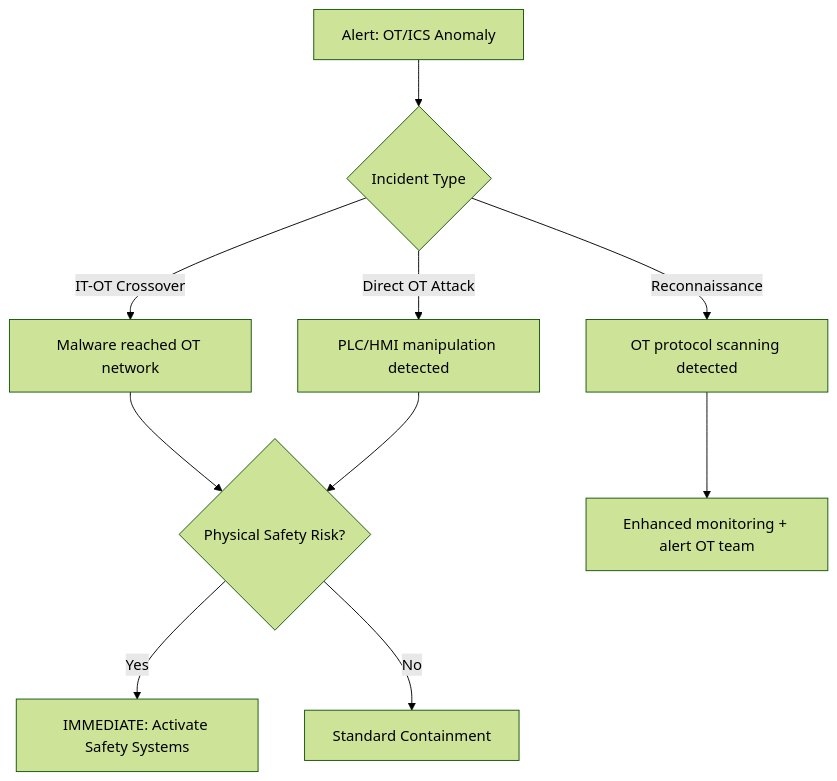
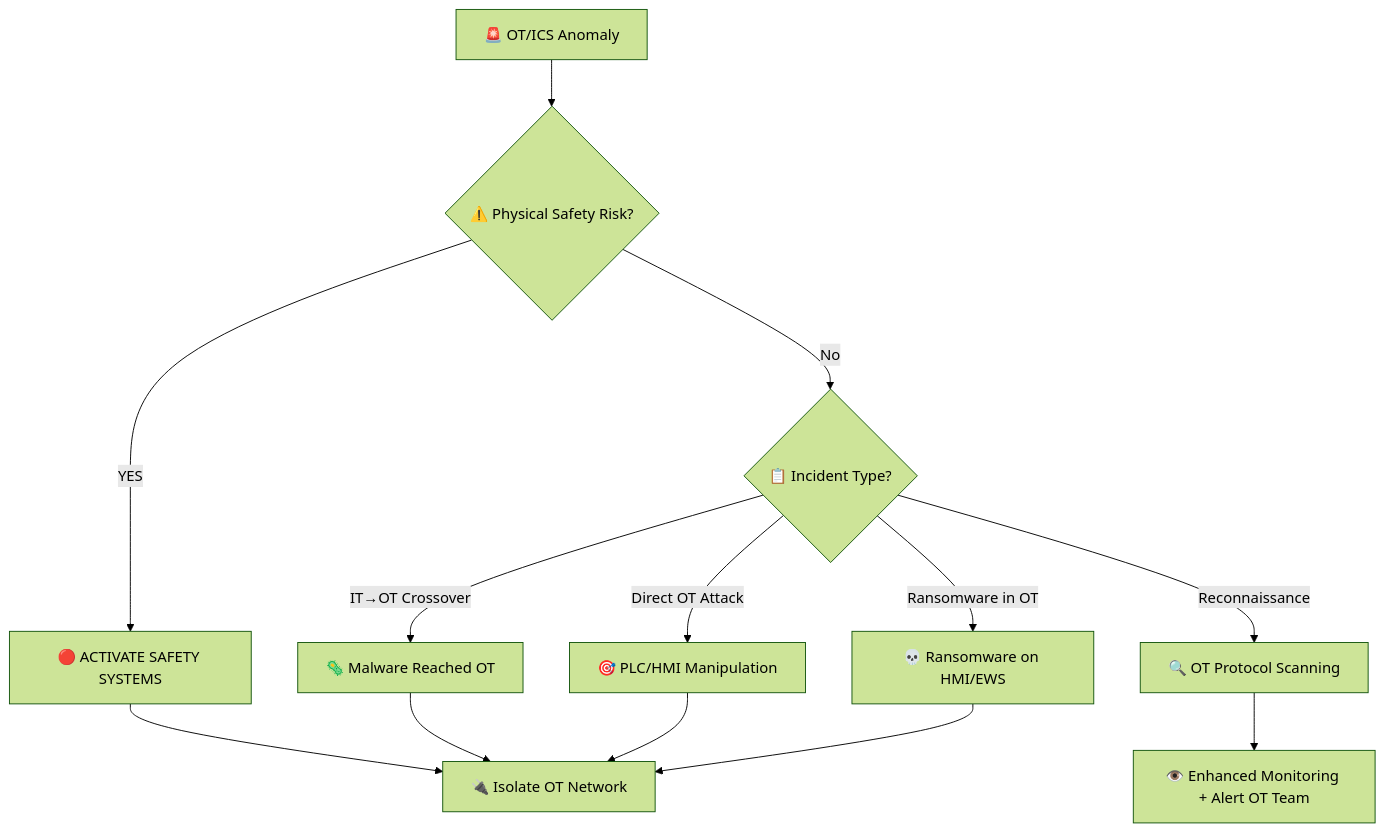
The diagram in 05_Incident_Response/Playbooks/OT_ICS_Incident.en.md (nutthakorn7/SOC-Standard-Operating-Procedures), drawn with Mermaid (forest theme) before and after one commit. The commit also changed other lines of this file and 7 other files, not shown here.

````diff
--- a/05_Incident_Response/Playbooks/OT_ICS_Incident.en.md
+++ b/05_Incident_Response/Playbooks/OT_ICS_Incident.en.md
@@ -7,12 +14,15 @@
 ```mermaid
-flowchart TD
-    Start[Alert: OT/ICS Anomaly] --> Type{Incident Type}
-    Type --> |IT-OT Crossover| Cross[Malware reached OT network]
-    Type --> |Direct OT Attack| Direct[PLC/HMI manipulation detected]
-    Type --> |Reconnaissance| Recon[OT protocol scanning detected]
-    Cross --> Safety{Physical Safety Risk?}
-    Direct --> Safety
-    Recon --> Monitor[Enhanced monitoring + alert OT team]
-    Safety --> |Yes| Immediate[IMMEDIATE: Activate Safety Systems]
-    Safety --> |No| Contain[Standard Containment]
+graph TD
+    Alert["🚨 OT/ICS Anomaly"] --> Safety{"⚠️ Physical Safety Risk?"}
+    Safety -->|YES| SIS["🔴 ACTIVATE SAFETY SYSTEMS"]
+    Safety -->|No| Type{"📋 Incident Type?"}
+    SIS --> IsolateOT["🔌 Isolate OT Network"]
+    Type -->|IT→OT Crossover| Cross["🦠 Malware Reached OT"]
+    Type -->|Direct OT Attack| Direct["🎯 PLC/HMI Manipulation"]
+    Type -->|Reconnaissance| Recon["🔍 OT Protocol Scanning"]
+    Type -->|Ransomware in OT| Ransom["💀 Ransomware on HMI/EWS"]
+    Cross --> IsolateOT
+    Direct --> IsolateOT
+    Ransom --> IsolateOT
+    Recon --> Monitor["👁️ Enhanced Monitoring + Alert OT Team"]
 ```
````
